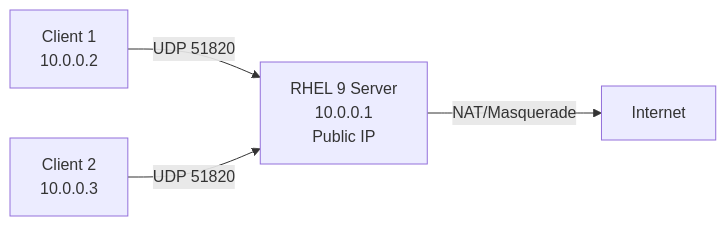
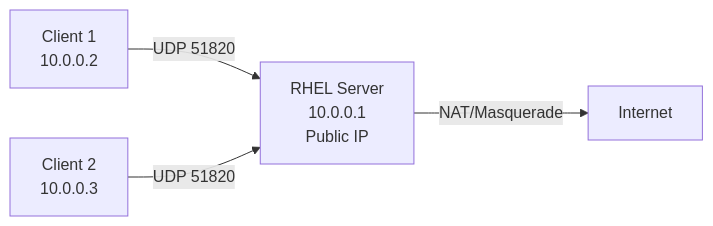
The diagram in posts/2026-03-04-setup-wireguard-vpn-server-rhel-9/README.md (OneUptime/blog), drawn with Mermaid before and after one commit. The commit also changed other lines of this file and 4866 other files, not shown here.

````diff
--- a/posts/2026-03-04-setup-wireguard-vpn-server-rhel-9/README.md
+++ b/posts/2026-03-04-setup-wireguard-vpn-server-rhel-9/README.md
@@ -177,6 +177,6 @@
 ```mermaid
 graph LR
-    C1[Client 1<br>10.0.0.2] -->|UDP 51820| S[RHEL 9 Server<br>10.0.0.1<br>Public IP]
+    C1[Client 1<br>10.0.0.2] -->|UDP 51820| S[RHEL Server<br>10.0.0.1<br>Public IP]
     C2[Client 2<br>10.0.0.3] -->|UDP 51820| S
     S -->|NAT/Masquerade| I[Internet]
 ```
````
